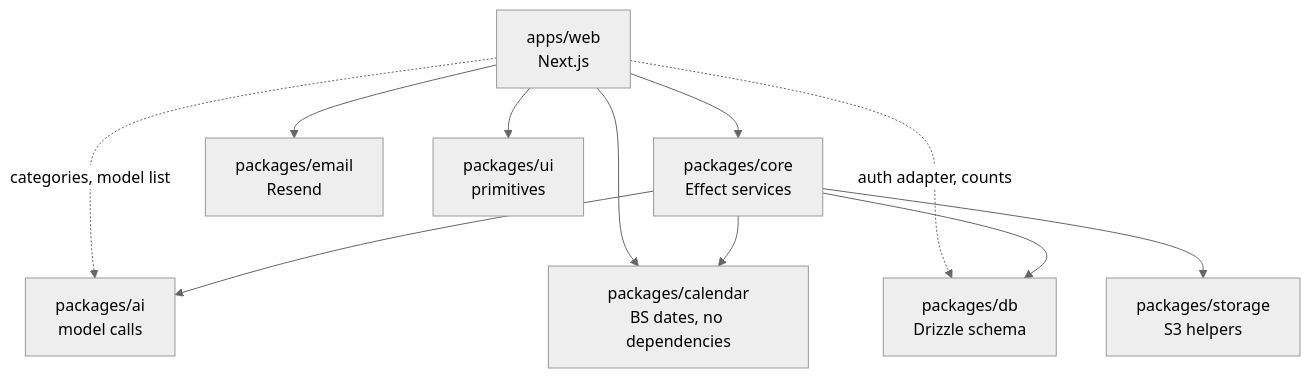
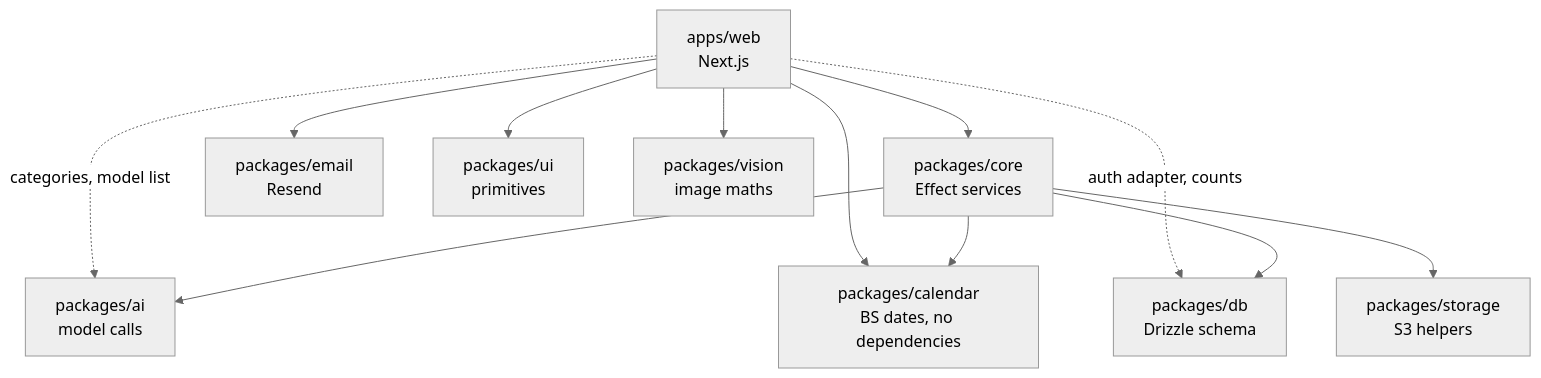
The second of 2 diagrams in docs/architecture/README.md (bhimrazy/receipt-ocr-app), drawn with Mermaid (neutral theme) before and after one commit. The commit also changed other lines of this file and 6 other files, not shown here.

Commit message:
docs: architecture page for packages/vision

````diff
--- a/docs/architecture/README.md
+++ b/docs/architecture/README.md
@@ -83,22 +83,24 @@
 ```mermaid
 flowchart TD
   web[apps/web<br/>Next.js]
   core[packages/core<br/>Effect services]
   ai[packages/ai<br/>model calls]
   db[packages/db<br/>Drizzle schema]
   storage[packages/storage<br/>S3 helpers]
   email[packages/email<br/>Resend]
   ui[packages/ui<br/>primitives]
   calendar[packages/calendar<br/>BS dates, no dependencies]
+  vision[packages/vision<br/>image maths]
 
   web --> core
+  web --> vision
   web --> ui
   web --> calendar
   web --> email
   web -. "auth adapter, counts" .-> db
   web -. "categories, model list" .-> ai
   core --> ai
   core --> calendar
   core --> db
   core --> storage
 ```
````
